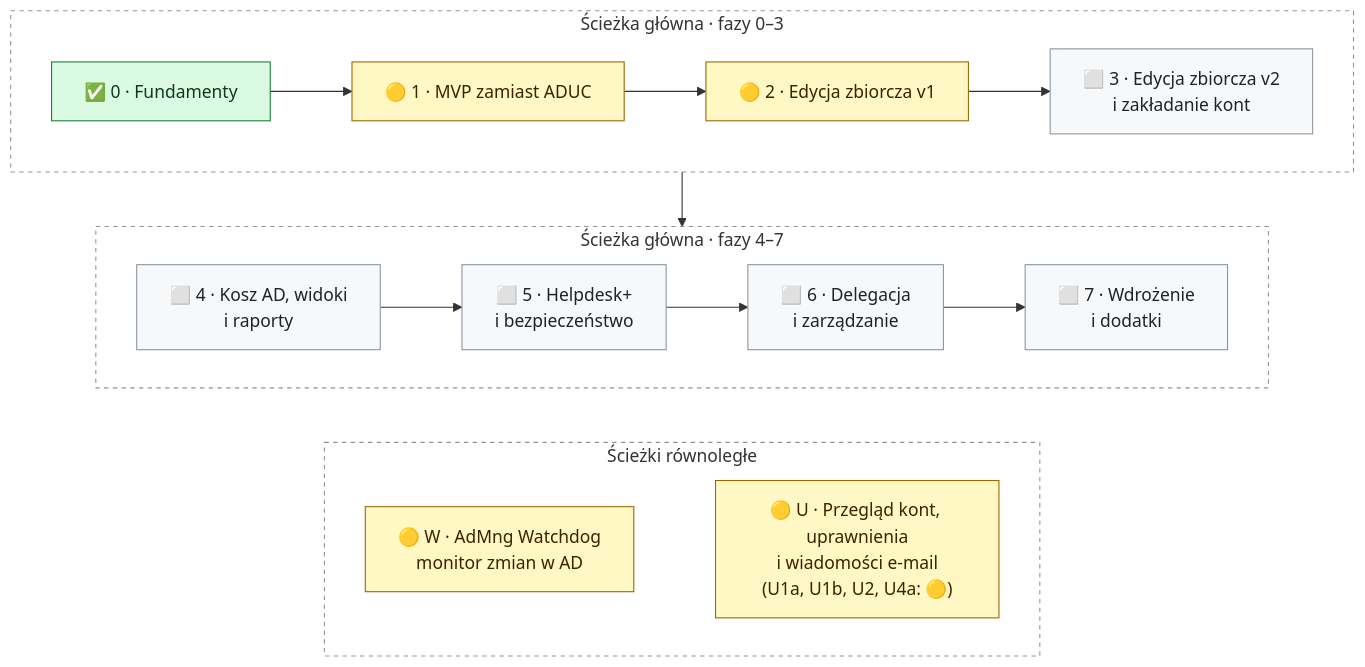
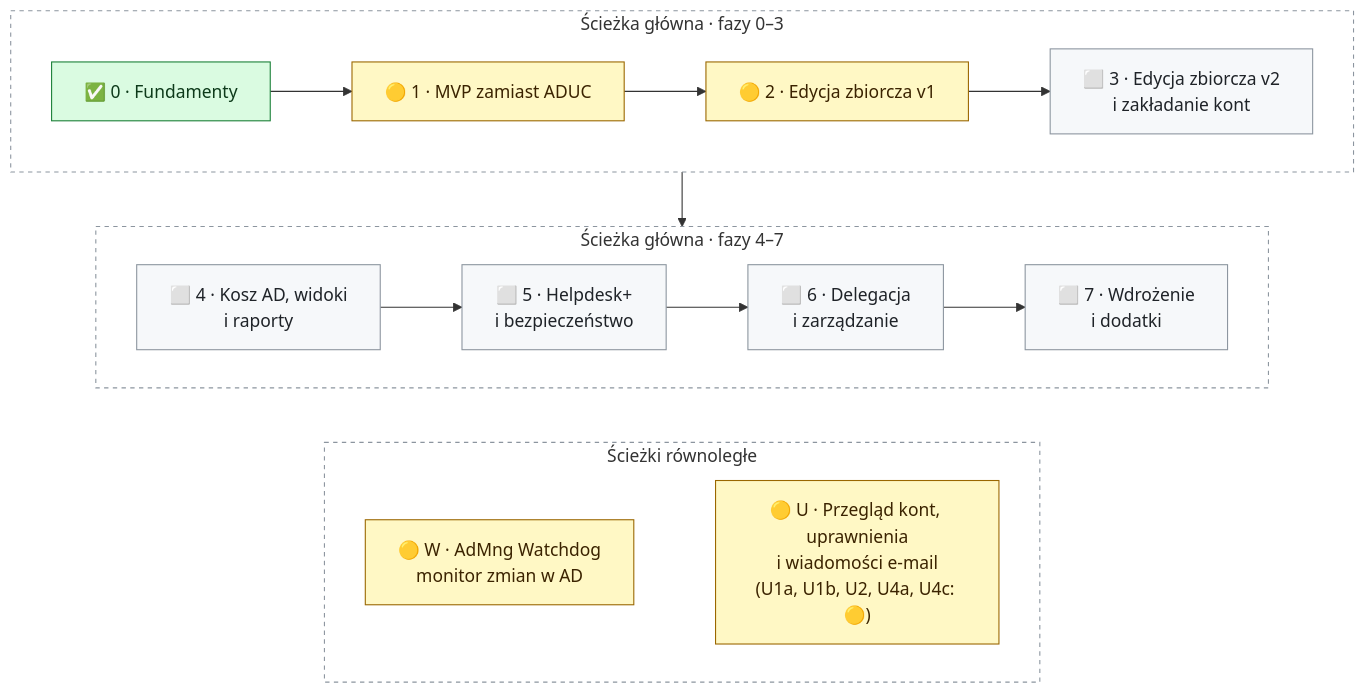
One commit to DarienRahl/AD_MNG changed the diagram in README.md. Above: the diagram before and after it, drawn with Mermaid. The commit also changed other lines of this file and 2 other files, not shown here.

````diff
--- a/README.md
+++ b/README.md
@@ -160,26 +160,26 @@
 ```mermaid
 flowchart TB
     subgraph A["Ścieżka główna · fazy 0–3"]
         direction LR
         F0["✅ 0 · Fundamenty"] --> F1["🟡 1 · MVP zamiast ADUC"] --> F2["🟡 2 · Edycja zbiorcza v1"] --> F3["⬜ 3 · Edycja zbiorcza v2<br/>i zakładanie kont"]
     end
     subgraph B["Ścieżka główna · fazy 4–7"]
         direction LR
         F4["⬜ 4 · Kosz AD, widoki<br/>i raporty"] --> F5["⬜ 5 · Helpdesk+<br/>i bezpieczeństwo"] --> F6["⬜ 6 · Delegacja<br/>i zarządzanie"] --> F7["⬜ 7 · Wdrożenie<br/>i dodatki"]
     end
     subgraph C["Ścieżki równoległe"]
         direction LR
-        W["🟡 W · AdMng Watchdog<br/>monitor zmian w AD"] ~~~ U["🟡 U · Przegląd kont, uprawnienia<br/>i wiadomości e-mail<br/>(U1a, U1b, U2, U4a: 🟡)"]
+        W["🟡 W · AdMng Watchdog<br/>monitor zmian w AD"] ~~~ U["🟡 U · Przegląd kont, uprawnienia<br/>i wiadomości e-mail<br/>(U1a, U1b, U2, U4a, U4c: 🟡)"]
     end
     A --> B
     B ~~~ C
     classDef done fill:#dafbe1,stroke:#1a7f37,color:#0d3a1a
     classDef wip fill:#fff8c5,stroke:#9a6700,color:#3b2300
     classDef todo fill:#f6f8fa,stroke:#8c959f,color:#1f2328
     class F0 done
     class F1,F2,W,U wip
     class F3,F4,F5,F6,F7 todo
     style A fill:transparent,stroke:#8c959f,stroke-dasharray:4 4
     style B fill:transparent,stroke:#8c959f,stroke-dasharray:4 4
     style C fill:transparent,stroke:#8c959f,stroke-dasharray:4 4
 ```
````
